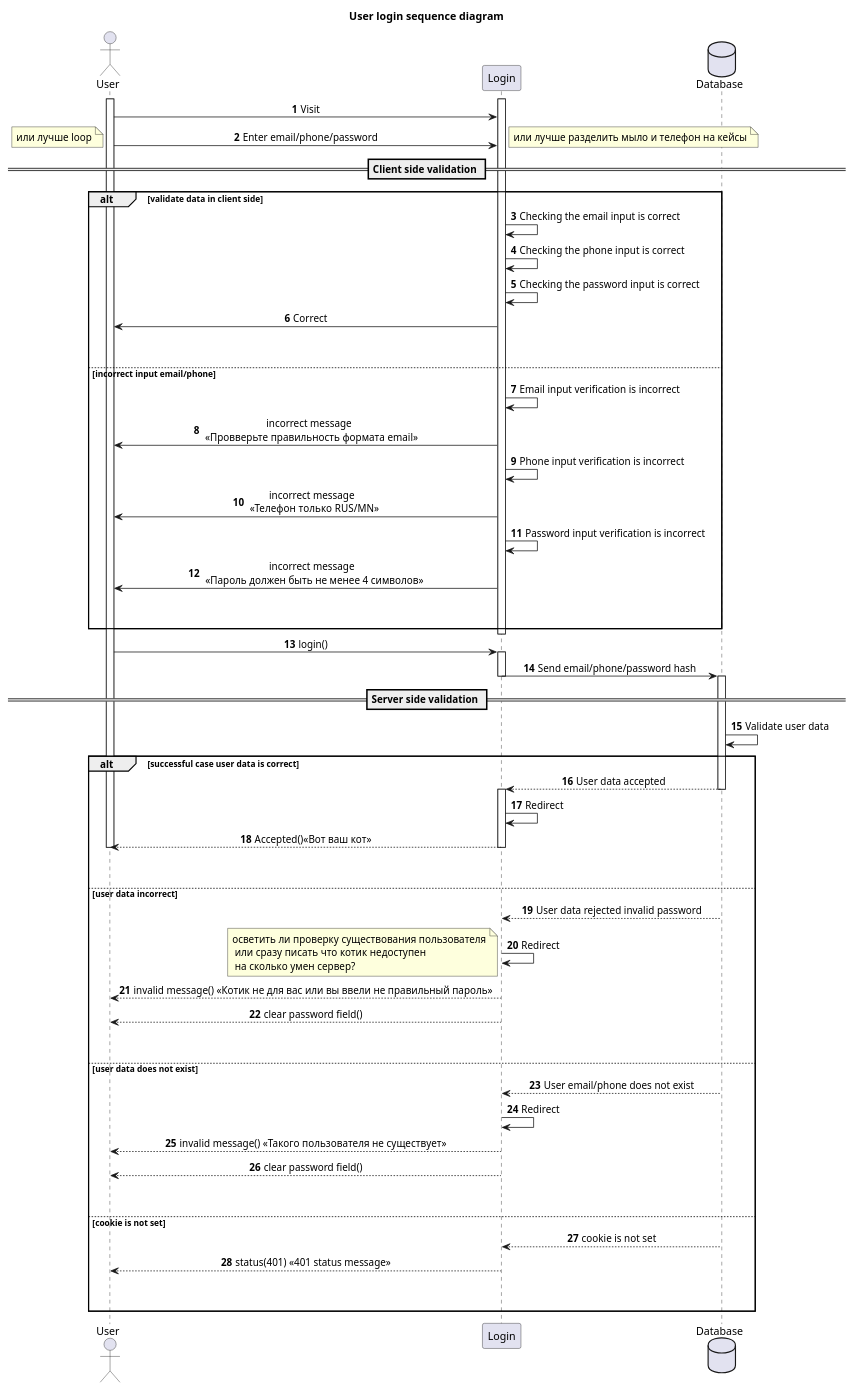
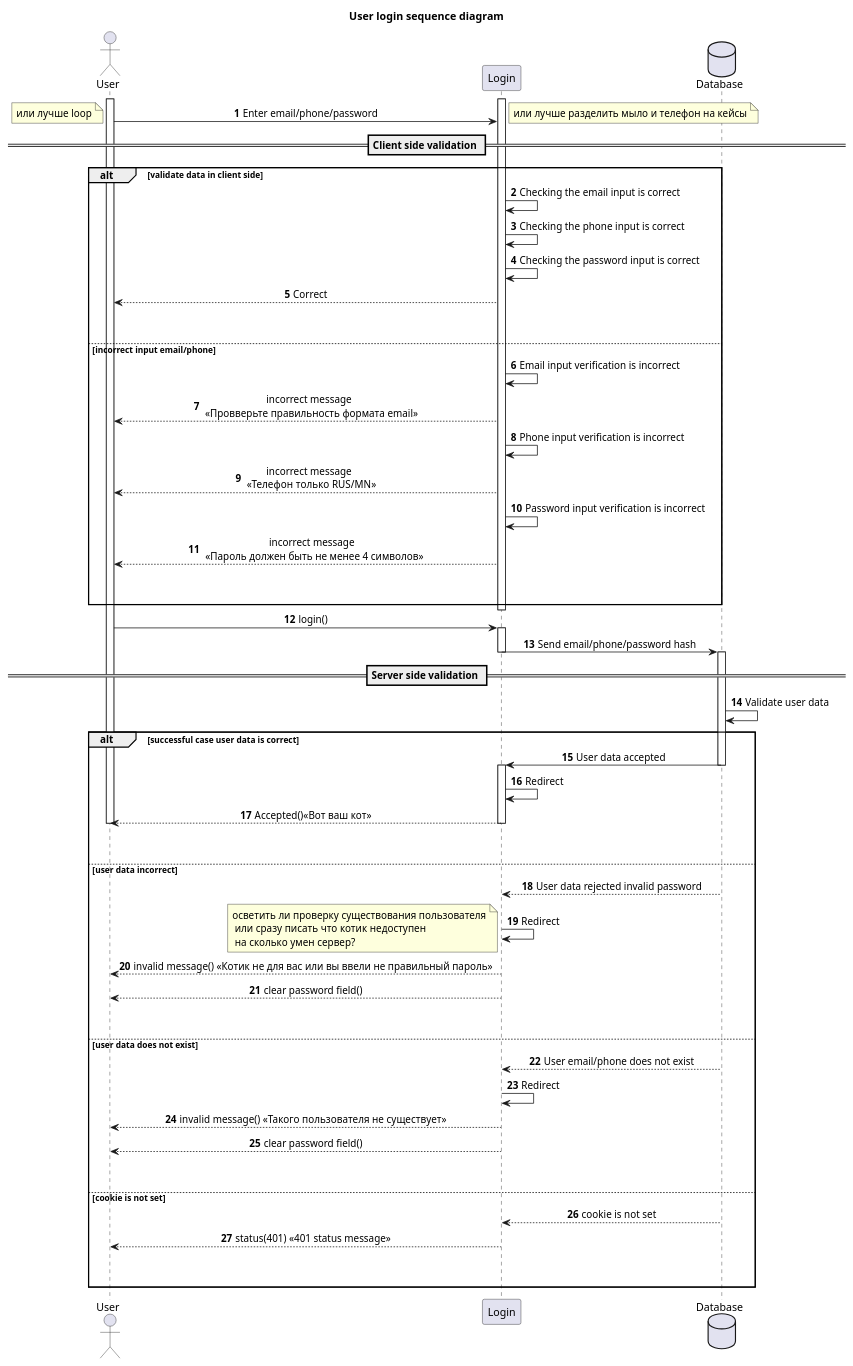
One commit to godoxyfair/igumenova_rmr_hw_server changed the diagram in Sucsessful_unsucsessful UML.puml. Above: the diagram before and after it, drawn with PlantUML.

Commit message:
(un)successful case in progress (need hints)

```diff
--- a/Sucsessful_unsucsessful UML.puml
+++ b/Sucsessful_unsucsessful UML.puml
@@ -1,74 +1,74 @@
 @startuml
 'https://plantuml.com/sequence-diagram
 
 autonumber
 title User login sequence diagram
 actor User
 participant Login
 database  Database
 activate User
 activate Login
 
 skinparam sequenceMessageAlign center
 
-User -> Login: Visit
+
 User -> Login : Enter email/phone/password
 == Client side validation ==
 note right: или лучше разделить мыло и телефон на кейсы
 note left: или лучше loop
 alt validate data in client side
     Login -> Login: Checking the email input is correct
     Login -> Login: Checking the phone input is correct
     Login -> Login: Checking the password input is correct
-    Login -> User: Correct
+    Login --> User: Correct
 ||45||
 else incorrect input email/phone
     Login -> Login: Email input verification is incorrect
-    Login -> User: incorrect message \n <<Провверьте правильность формата email>>
+    Login --> User: incorrect message \n <<Провверьте правильность формата email>>
     Login -> Login: Phone input verification is incorrect
-    Login -> User: incorrect message \n <<Телефон только RUS/MN>>
+    Login --> User: incorrect message \n <<Телефон только RUS/MN>>
     Login -> Login: Password input verification is incorrect
-    Login -> User: incorrect message \n <<Пароль должен быть не менее 4 символов>>
+    Login --> User: incorrect message \n <<Пароль должен быть не менее 4 символов>>
 ||45||
 end
 
 deactivate Login
 User -> Login : login()
 
 activate Login
 Login -> Database: Send email/phone/password hash
 == Server side validation ==
 deactivate Login
 
 activate Database
 Database -> Database: Validate user data
 
 alt successful case user data is correct
-    Database --> Login : User data accepted
+    Database -> Login : User data accepted
     deactivate Database
     activate Login
     Login -> Login : Redirect
     Login --> User: Accepted()<<Вот ваш кот>>
     deactivate Login
     deactivate User
 ||45||
 else user data incorrect
     Database --> Login: User data rejected invalid password
     Login -> Login: Redirect
     note left: осветить ли проверку существования пользователя\n или сразу писать что котик недоступен\n на сколько умен сервер?
     Login --> User: invalid message() <<Котик не для вас или вы ввели не правильный пароль>>
     Login --> User: clear password field()
 ||45||
 else user data does not exist
     Database --> Login: User email/phone does not exist
     Login -> Login: Redirect
     Login --> User: invalid message() <<Такого пользователя не существует>>
     Login --> User: clear password field()
 ||45||
 else cookie is not set
     Database --> Login: cookie is not set
     Login --> User: status(401) <<401 status message>>
 ||45||
 end
 
 @enduml
```
